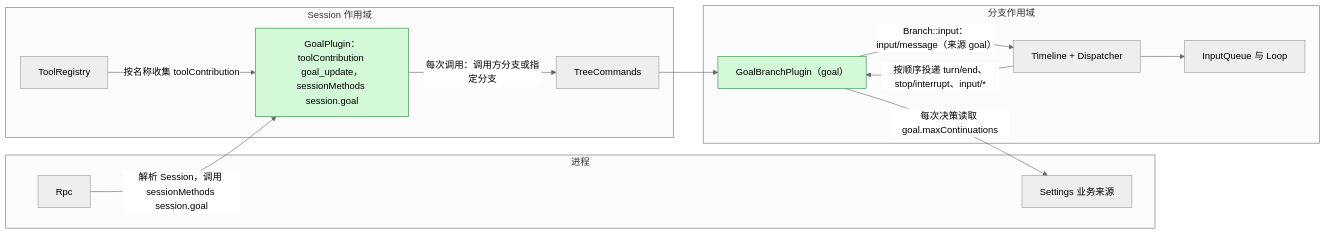
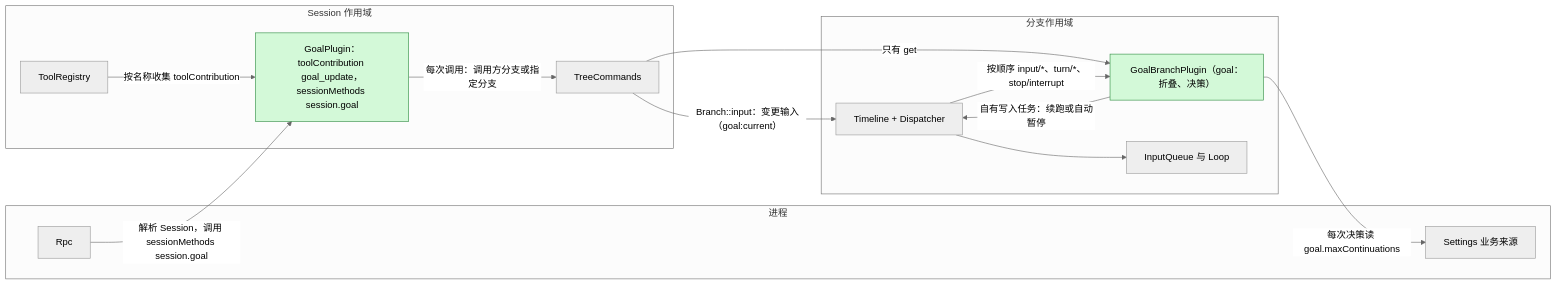
The first of 6 diagrams in docs/zh/design/plugins/Goal.md (CoutinhoTTS/dim-agent), drawn with Mermaid (neutral theme) before and after one commit. The commit also changed other lines of this file and 40 other files, not shown here.

````diff
--- a/docs/zh/design/plugins/Goal.md
+++ b/docs/zh/design/plugins/Goal.md
@@ -9,26 +11,27 @@
 ```mermaid
 flowchart LR
   subgraph PROC["进程"]
     Rpc["Rpc"]
     Settings["Settings 业务来源"]
   end
   subgraph SESS["Session 作用域"]
     GS["GoalPlugin：toolContribution goal_update，sessionMethods session.goal"]:::new
     TR["ToolRegistry"]
     TC["TreeCommands"]
   end
   subgraph BR["分支作用域"]
-    GB["GoalBranchPlugin（goal）"]:::new
+    GB["GoalBranchPlugin（goal：折叠、决策）"]:::new
     TL["Timeline + Dispatcher"]
     IQ["InputQueue 与 Loop"]
   end
   TR -- "按名称收集 toolContribution" --> GS
   Rpc -- "解析 Session，调用 sessionMethods session.goal" --> GS
   GS -- "每次调用：调用方分支或指定分支" --> TC
-  TC --> GB
-  TL -- "按顺序投递 turn/end、stop/interrupt、input/*" --> GB
-  GB -- "Branch::input：input/message（来源 goal）" --> TL
-  GB -- "每次决策读取 goal.maxContinuations" --> Settings
+  TC -- "Branch::input：变更输入（goal:current）" --> TL
+  TC -- "只有 get" --> GB
+  TL -- "按顺序 input/*、turn/*、stop/interrupt" --> GB
+  GB -- "自有写入任务：续跑或自动暂停" --> TL
+  GB -- "每次决策读 goal.maxContinuations" --> Settings
   TL --> IQ
   classDef new fill:#d3f9d8,stroke:#2b8a3e,color:#000
 ```
````
